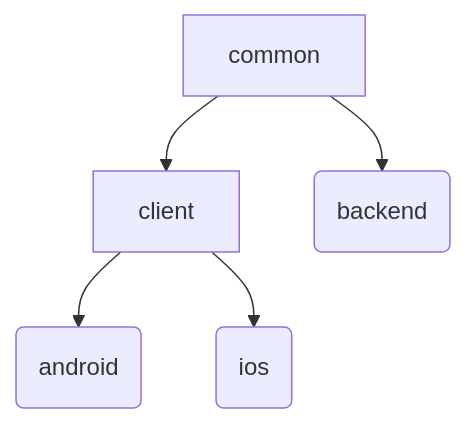
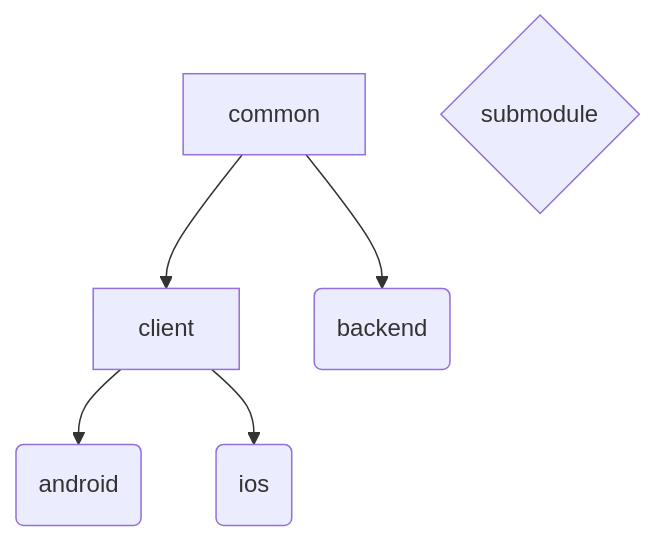
One commit to Oztechan/CCC changed the first of 2 diagrams in README.md. Above: the diagram before and after it, drawn with Mermaid. The commit also changed other lines of this file, not shown here.

Commit message:
[Oztechan/CCC#2100] Update Readme.MD with submodule

````diff
--- a/README.md
+++ b/README.md
@@ -30,8 +30,11 @@
 ```mermaid
 graph TD;
+
     client-->android(android)
     client-->ios(ios)
 
     common-->client
     common-->backend(backend)
+    
+    submodule{submodule}
 ```
````
